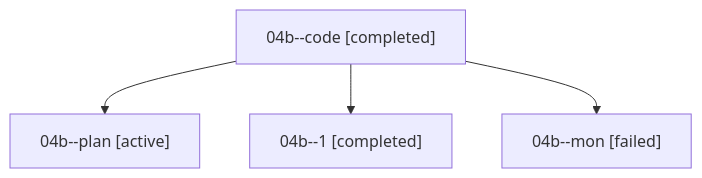
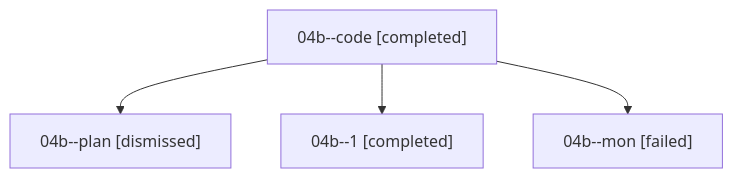
One commit to sase-org/sase--agents changed the diagram in sessions/bbugyi200.athena.04b.md. Above: the diagram before and after it, drawn with Mermaid. The commit also changed other lines of this file and 25 other files, not shown here.

````diff
--- a/sessions/bbugyi200.athena.04b.md
+++ b/sessions/bbugyi200.athena.04b.md
@@ -9,10 +9,10 @@
 ```mermaid
 flowchart TD
   n0["04b--code [completed]"]
-  n1["04b--plan [active]"]
+  n1["04b--plan [dismissed]"]
   n0 --> n1
   n2["04b--1 [completed]"]
   n0 --> n2
   n3["04b--mon [failed]"]
   n0 --> n3
 ```
````
